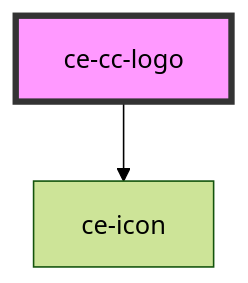
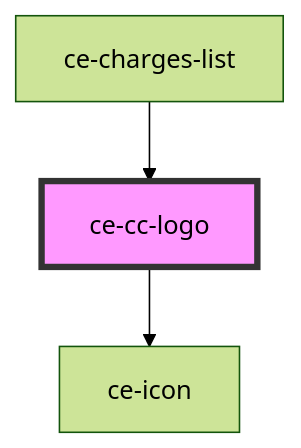
One commit to surecart/surecart-wp-plugin changed the diagram in packages/components/src/components/ui/ce-cc-logo/readme.md. Above: the diagram before and after it, drawn with Mermaid (forest theme). The commit also changed other lines of this file and 101 other files, not shown here.

````diff
--- a/packages/components/src/components/ui/ce-cc-logo/readme.md
+++ b/packages/components/src/components/ui/ce-cc-logo/readme.md
@@ -29,5 +33,6 @@
 ```mermaid
 graph TD;
   ce-cc-logo --> ce-icon
+  ce-charges-list --> ce-cc-logo
   style ce-cc-logo fill:#f9f,stroke:#333,stroke-width:4px
 ```
````
